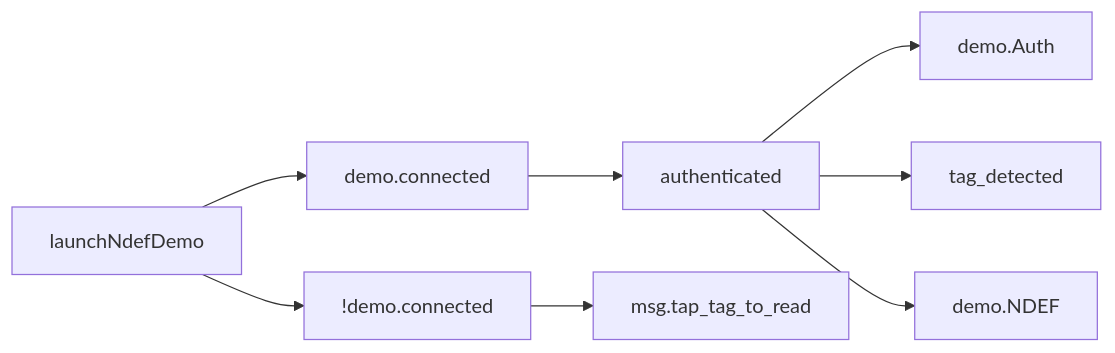
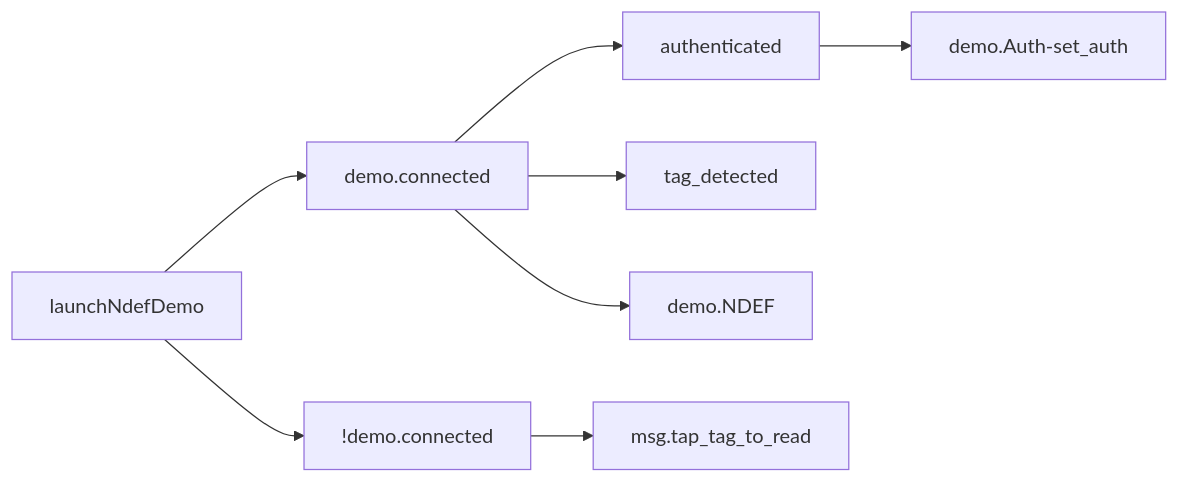
Before and after one commit to gordianknotC/nxp_note: the tenth of 10 diagrams in nxp/MainActivity.md, drawn with Mermaid. The commit also changed other lines of this file, not shown here.

````diff
--- a/nxp/MainActivity.md
+++ b/nxp/MainActivity.md
@@ -256,11 +256,11 @@
 ```mermaid
 graph LR
 launchNdefDemo 
 launchNdefDemo --> demo.connected
 demo.connected --> authenticated
-authenticated --> demo.Auth
-authenticated --> tag_detected
-authenticated --> demo.NDEF
+authenticated --> demo.Auth-set_auth
+demo.connected --> tag_detected
+demo.connected --> demo.NDEF
 launchNdefDemo --> !demo.connected
 !demo.connected --> msg.tap_tag_to_read
 ```
````
